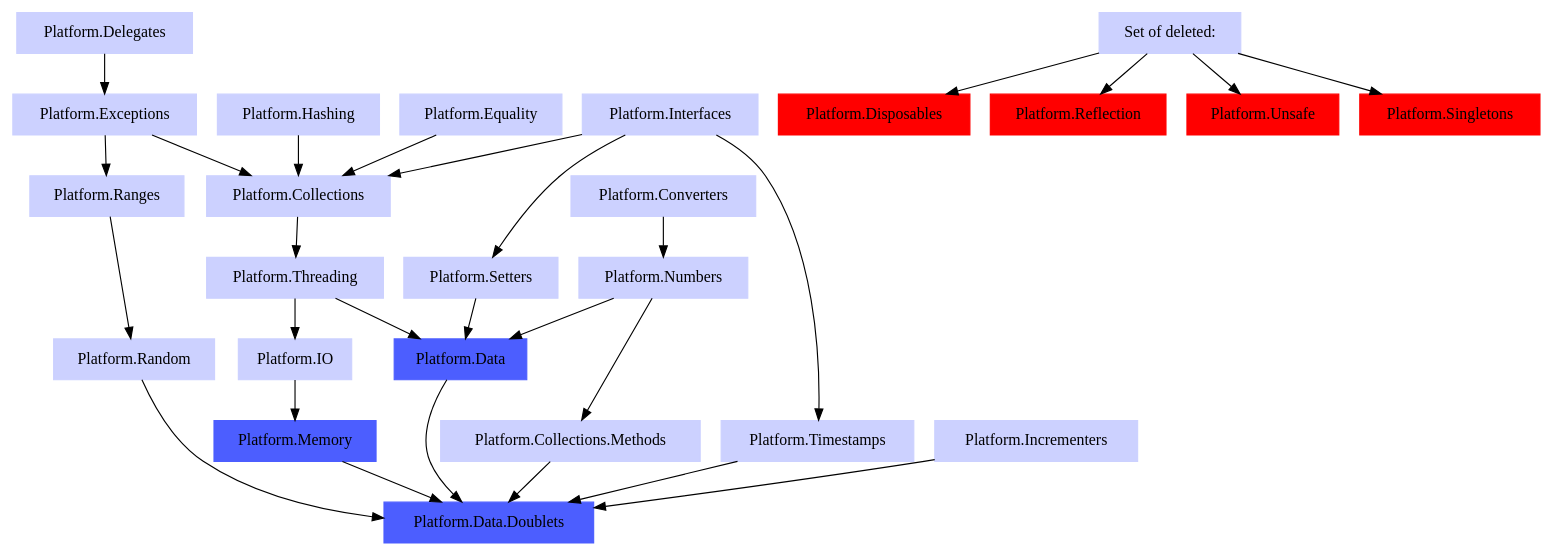
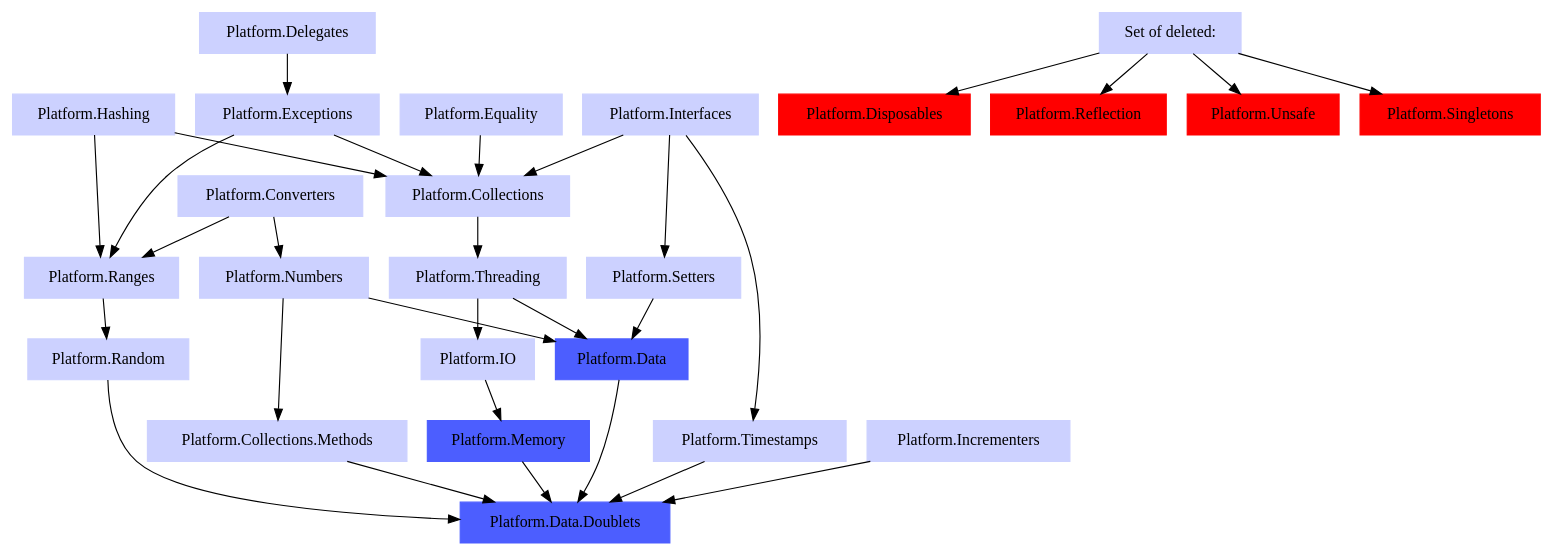
Before and after one commit to linksplatform/Documentation: the diagram in doc/Dependencies/Platform.Data.Doublets.cpp.dot, drawn with Graphviz.

Commit message:
Ranges dependencies update

```diff
--- a/doc/Dependencies/Platform.Data.Doublets.cpp.dot
+++ b/doc/Dependencies/Platform.Data.Doublets.cpp.dot
@@ -1,69 +1,72 @@
 digraph PlatformDataDoubletsDependencies {
   node [style=filled, color="0.650 0.200 1.000", shape="rectangle"]
 
 
   "Platform.Delegates" -> "Platform.Exceptions" 
   "Platform.Interfaces" -> "Platform.Collections"
 
   "Platform.Exceptions" -> "Platform.Ranges"
+  "Platform.Converters" -> "Platform.Ranges"
+  "Platform.Hashing" -> "Platform.Ranges"
+  
   "Platform.Exceptions" -> "Platform.Collections"
 
   "Platform.Threading" -> "Platform.IO"
 
   "Platform.Collections" -> "Platform.Threading"
 
   "Platform.Converters" -> "Platform.Numbers"
 
   "Platform.Numbers" -> "Platform.Collections.Methods"
 
   "Platform.Ranges" -> "Platform.Random"
 
   "Platform.Interfaces" -> "Platform.Timestamps"
 
   "Platform.Interfaces" -> "Platform.Setters"
 
   "Platform.IO" -> "Platform.Memory"
 
   "Platform.Threading" -> "Platform.Data"
   "Platform.Numbers" -> "Platform.Data"
   "Platform.Setters" -> "Platform.Data"
 
   "Platform.Random" -> "Platform.Data.Doublets"
   "Platform.Timestamps" -> "Platform.Data.Doublets"
   "Platform.Collections.Methods" -> "Platform.Data.Doublets"
   "Platform.Memory" -> "Platform.Data.Doublets"
   "Platform.Data" -> "Platform.Data.Doublets"
   "Platform.Incrementers" -> "Platform.Data.Doublets"
 
   "Set of deleted: " -> "Platform.Disposables"
   "Set of deleted: " -> "Platform.Reflection"
   "Set of deleted: " -> "Platform.Unsafe"
   "Set of deleted: " -> "Platform.Singletons"
 
   "Platform.Hashing" -> "Platform.Collections"
   "Platform.Equality" -> "Platform.Collections"
 
   "Platform.Hashing" [href="https://github.com/linksplatform/Hashing"]
   "Platform.Equality" [href="https://github.com/linksplatform/Equality"]
   "Platform.Delegates" [href="https://github.com/linksplatform/Delegates"]
   "Platform.Exceptions" [href="https://github.com/linksplatform/Exceptions"]
   "Platform.Disposables" [color="1.000 1.000 1.000", href="https://github.com/linksplatform/Disposables"]
   "Platform.Unsafe" [color="1.000 1.000 1.000", href="https://github.com/linksplatform/Unsafe"]
   "Platform.Collections" [href="https://github.com/linksplatform/Collections"]
   "Platform.Converters" [href="https://github.com/linksplatform/Converters"]
   "Platform.Ranges" [href="https://github.com/linksplatform/Ranges"]
   "Platform.Interfaces" [href="https://github.com/linksplatform/Interfaces"]
   "Platform.Incrementers" [href="https://github.com/linksplatform/Incrementers"]
   "Platform.Reflection" [color="1.000 1.000 1.000", href="https://github.com/linksplatform/Reflection"]
   "Platform.IO" [href="https://github.com/linksplatform/IO"]
   "Platform.Threading" [href="https://github.com/linksplatform/Threading"]
   "Platform.Numbers" [href="https://github.com/linksplatform/Numbers"]
   "Platform.Setters" [href="https://github.com/linksplatform/Setters"]
   "Platform.Random" [href="https://github.com/linksplatform/Random"]
   "Platform.Timestamps" [href="https://github.com/linksplatform/Timestamps"]
   "Platform.Collections.Methods" [href="https://github.com/linksplatform/Collections.Methods"]
   "Platform.Singletons" [color="1.000 1.000 1.000", href="https://github.com/linksplatform/Singletons"]
   "Platform.Memory" [color="0.650 0.700 1.000", href="https://github.com/linksplatform/Memory"]
   "Platform.Data" [color="0.650 0.700 1.000", href="https://github.com/linksplatform/Data"]
   "Platform.Data.Doublets" [color="0.650 0.700 1.000", style=filled, href="https://github.com/linksplatform/Data.Doublets"]
 }
```
